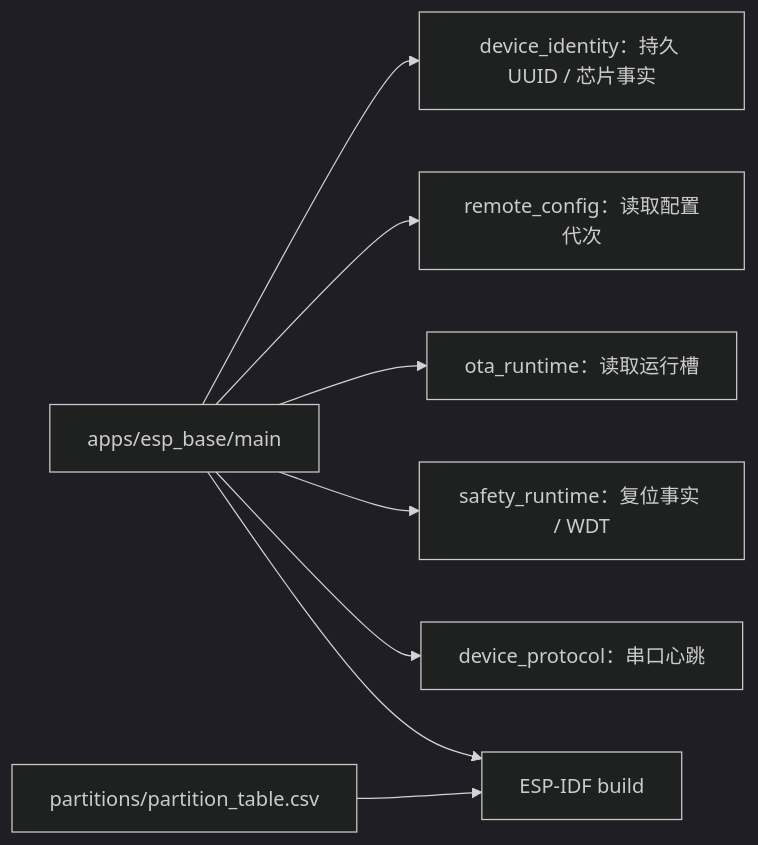
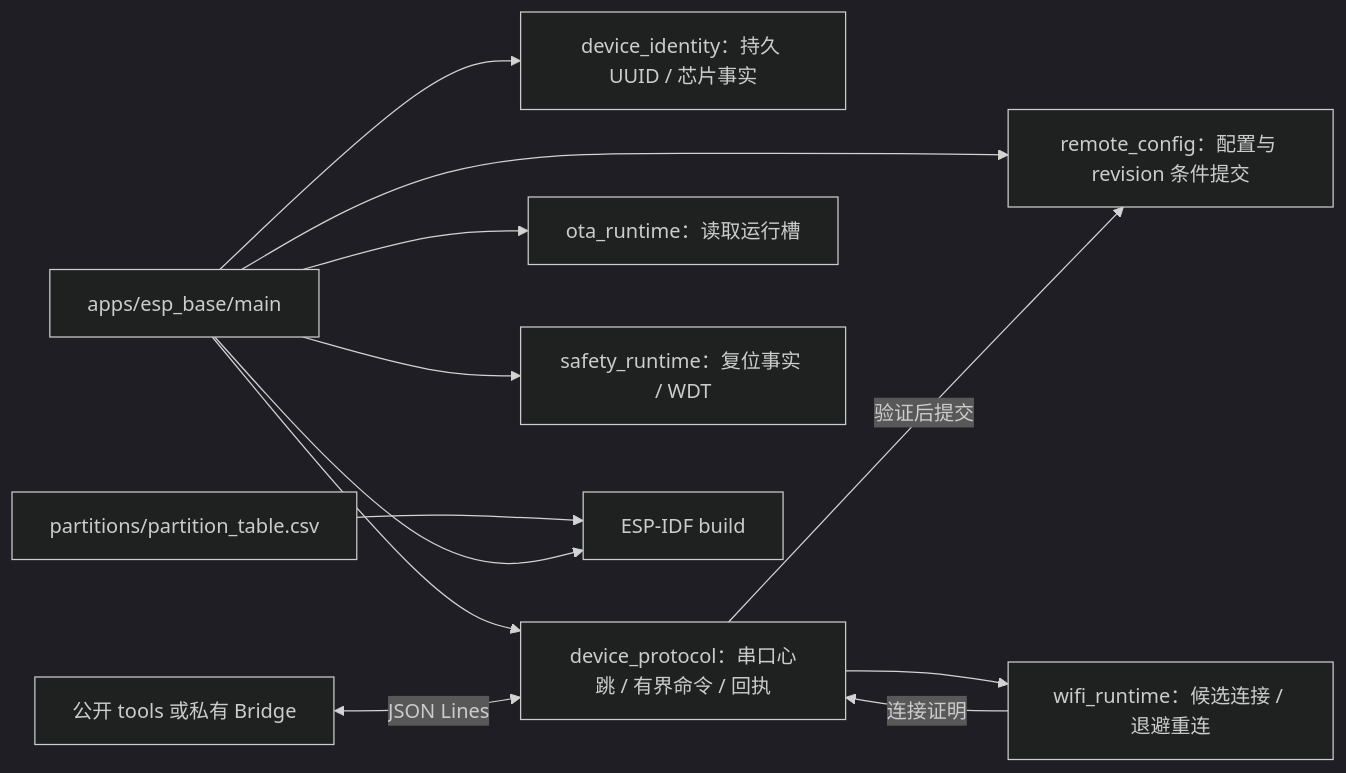
One commit to darren-you/esp-base changed the diagram in firmware/README.md. Above: the diagram before and after it, drawn with Mermaid (dark theme). The commit also changed other lines of this file and 64 other files, not shown here.

````diff
--- a/firmware/README.md
+++ b/firmware/README.md
@@ -7,10 +7,14 @@
 ```mermaid
 flowchart LR
     main["apps/esp_base/main"] --> identity["device_identity：持久 UUID / 芯片事实"]
-    main --> config["remote_config：读取配置代次"]
+    main --> config["remote_config：配置与 revision 条件提交"]
+    protocol --> wifi["wifi_runtime：候选连接 / 退避重连"]
+    wifi -->|"连接证明"| protocol
+    protocol -->|"验证后提交"| config
     main --> ota["ota_runtime：读取运行槽"]
     main --> safety["safety_runtime：复位事实 / WDT"]
-    main --> protocol["device_protocol：串口心跳"]
+    main --> protocol["device_protocol：串口心跳 / 有界命令 / 回执"]
+    host["公开 tools 或私有 Bridge"] <-->|"JSON Lines"| protocol
     partitions["partitions/partition_table.csv"] --> build["ESP-IDF build"]
     main --> build
 ```
````
